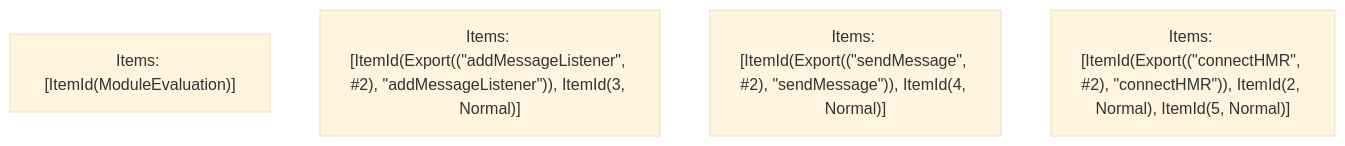
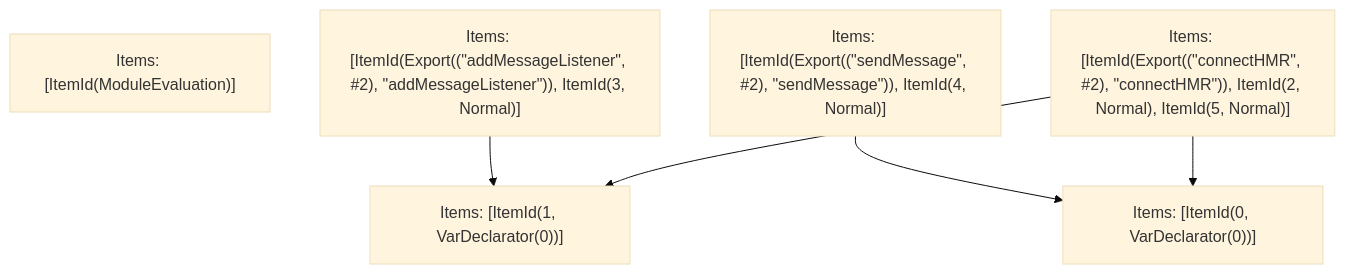
The fifth of 5 diagrams in crates/turbopack-ecmascript/tests/tree-shaker/analyzer/failed-1/output.md (vercel/turborepo), drawn with Mermaid (base theme) before and after one commit. The commit also changed other lines of this file and 20 other files, not shown here.

````diff
--- a/crates/turbopack-ecmascript/tests/tree-shaker/analyzer/failed-1/output.md
+++ b/crates/turbopack-ecmascript/tests/tree-shaker/analyzer/failed-1/output.md
@@ -210,7 +212,13 @@
 ```mermaid
 graph TD
     N0["Items: [ItemId(ModuleEvaluation)]"];
     N1["Items: [ItemId(Export((&quot;addMessageListener&quot;, #2), &quot;addMessageListener&quot;)), ItemId(3, Normal)]"];
     N2["Items: [ItemId(Export((&quot;sendMessage&quot;, #2), &quot;sendMessage&quot;)), ItemId(4, Normal)]"];
     N3["Items: [ItemId(Export((&quot;connectHMR&quot;, #2), &quot;connectHMR&quot;)), ItemId(2, Normal), ItemId(5, Normal)]"];
+    N4["Items: [ItemId(0, VarDeclarator(0))]"];
+    N5["Items: [ItemId(1, VarDeclarator(0))]"];
+    N1 --> N5;
+    N2 --> N4;
+    N3 --> N4;
+    N3 --> N5;
 ```
````
